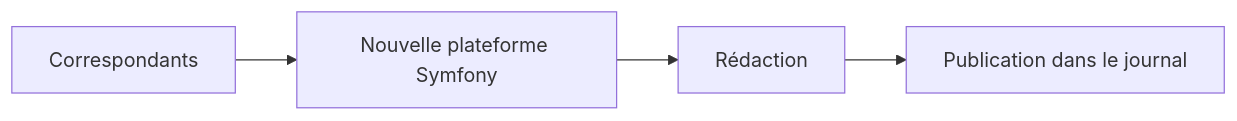
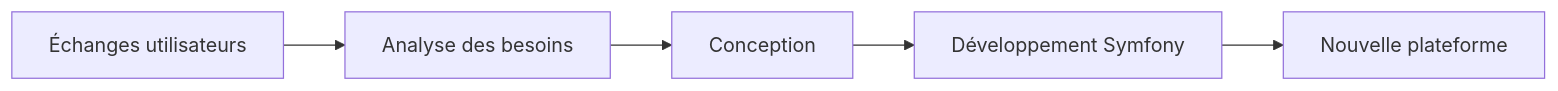
Before and after one commit to Marc-MOSCA-42-Lyon-Auvergne-Rhone-Alpes/peer-video: the third of 3 diagrams in slides.md, drawn with Mermaid. The commit also changed other lines of this file, not shown here.

````diff
--- a/slides.md
+++ b/slides.md
@@ -176,10 +141,12 @@
 ```mermaid
 flowchart LR
 
-A[Correspondants]
---> B[Nouvelle plateforme Symfony]
+A[Échanges utilisateurs]
+--> B[Analyse des besoins]
 
-B --> C[Rédaction]
+B --> C[Conception]
 
-C --> D[Publication dans le journal]
+C --> D[Développement Symfony]
+
+D --> E[Nouvelle plateforme]
 ```
````
